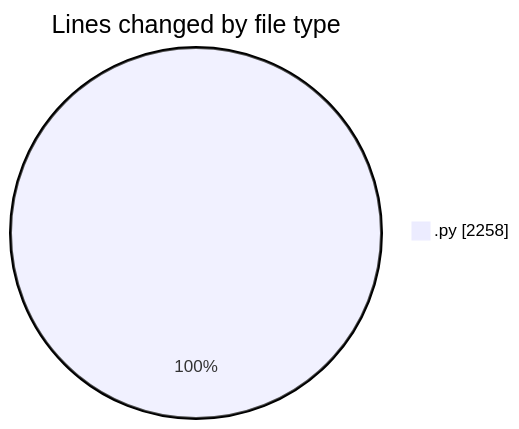
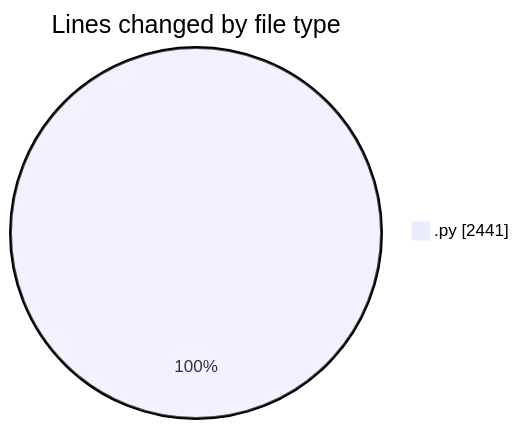
The first of 2 diagrams in 2025-11-21/eventscop-api-guide__workspace_/README.md (julien-gomy/code-tracking), drawn with Mermaid before and after one commit. The commit also changed other lines of this file and 1 other file, not shown here.

````diff
--- a/2025-11-21/eventscop-api-guide__workspace_/README.md
+++ b/2025-11-21/eventscop-api-guide__workspace_/README.md
@@ -29,5 +30,5 @@
 ```mermaid
 pie showData
 title Lines changed by file type
-".py" : 2258
+".py" : 2441
 ```
````
